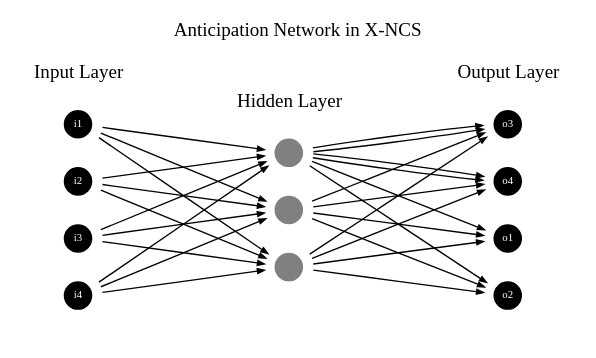
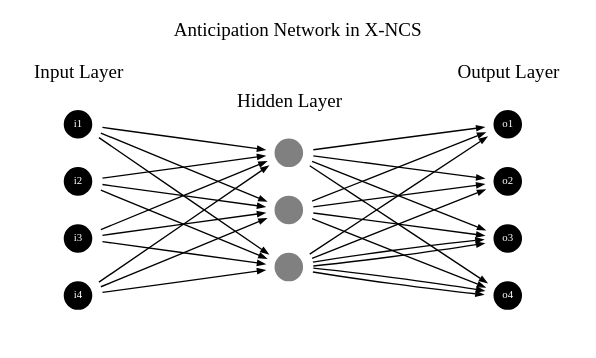
Before and after one commit to khozzy/phd: the diagram in graphs/xncs_anticipation_network.gv, drawn with Graphviz. The commit also changed 9 other files, not shown here.

```diff
--- a/graphs/xncs_anticipation_network.gv
+++ b/graphs/xncs_anticipation_network.gv
@@ -1,70 +1,78 @@
 digraph G {
     labelloc = "t";
     label = "Anticipation Network in X-NCS";
 
     fontname = "Hilda 10"
     rankdir = LR
     splines = line
     nodesep = .08
     ranksep = 1
 
     edge [color = black, arrowsize = .5]
     node [fixedsize = true,label = "",style = filled,color = none,fillcolor = gray,shape = circle, fontcolor = white, fontsize = 8]
 
     subgraph cluster_0 {
     color = none;
     node [style = filled, color = white, shape = circle, penwidth = 15, fillcolor = black];
     i1 [label = "i1"] i2 [label = "i2"] i3 [label = "i3"] i4 [label = "i4"];
     label = "Input Layer";
     }
 
     subgraph cluster_1 {
     color = none;
     node [style = filled,color = white, shape = circle, penwidth = 15, fillcolor = gray];
     a12 a22 a32;
     label = "Hidden Layer";
     }
 
     subgraph cluster_2 {
 
     color = none;
     node [style = filled, color = white, shape = circle, penwidth = 15, fillcolor = black];
     o1 [label = "o1"] o2 [label = "o2"] o3 [label = "o3"] o4 [label = "o4"];
     label = "Output Layer";
+
+    {
+    rank = same;
+    edge [style = invis];
+    o4 -> o3 -> o2 -> o1;
+    rankdir = LR;
+    }
     }
 
     i1 -> a12;
     i1 -> a22;
     i1 -> a32;
 
     i2 -> a12;
     i2 -> a22;
     i2 -> a32;
 
     i3 -> a12;
     i3 -> a22;
     i3 -> a32;
 
     i4 -> a12;
     i4 -> a22;
     i4 -> a32;
 
     a12 -> o1
     a22 -> o1
     a32 -> o1
 
     a12 -> o2
     a22 -> o2
     a32 -> o2
 
     a12 -> o3
     a22 -> o3
     a32 -> o3
     a32 -> o3
 
     a12 -> o4
     a22 -> o4
     a32 -> o4
     a32 -> o4
 
+
 }
```
